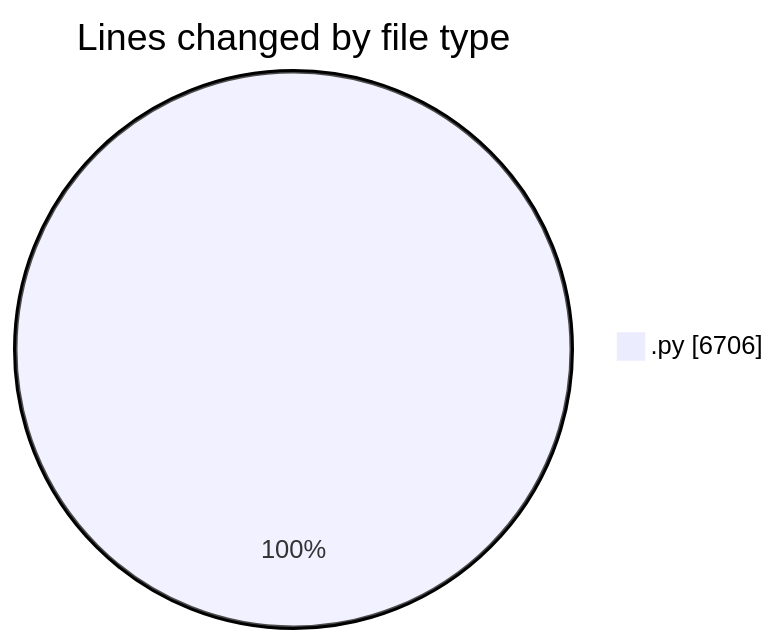
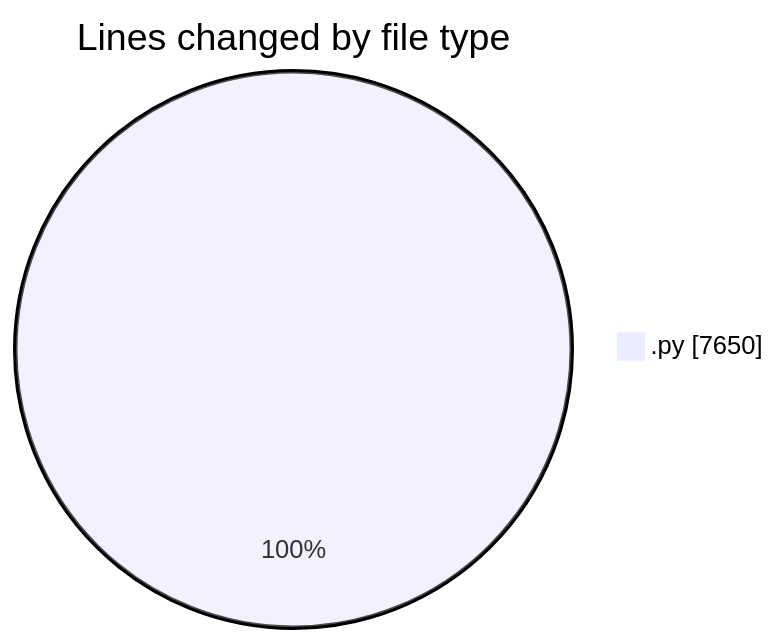
Before and after one commit to MatusMokan/code-tracking: the first of 2 diagrams in 2025-04-12/myws__workspace_/README.md, drawn with Mermaid. The commit also changed other lines of this file and 1 other file, not shown here.

````diff
--- a/2025-04-12/myws__workspace_/README.md
+++ b/2025-04-12/myws__workspace_/README.md
@@ -26,5 +27,5 @@
 ```mermaid
 pie showData
 title Lines changed by file type
-".py" : 6706
+".py" : 7650
 ```
````
